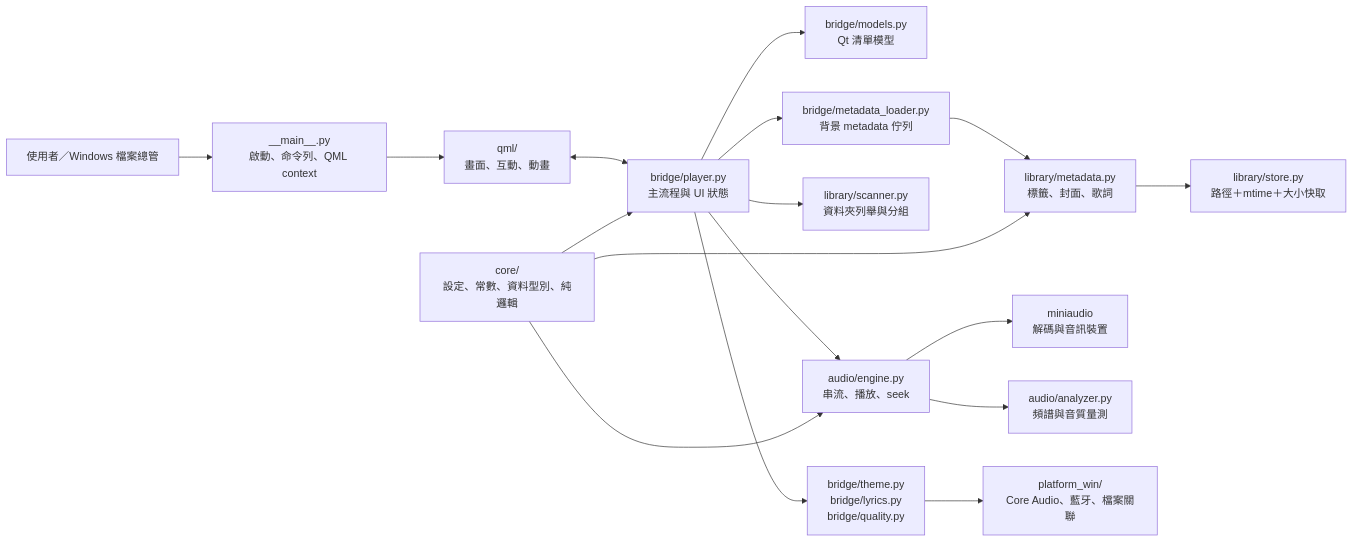
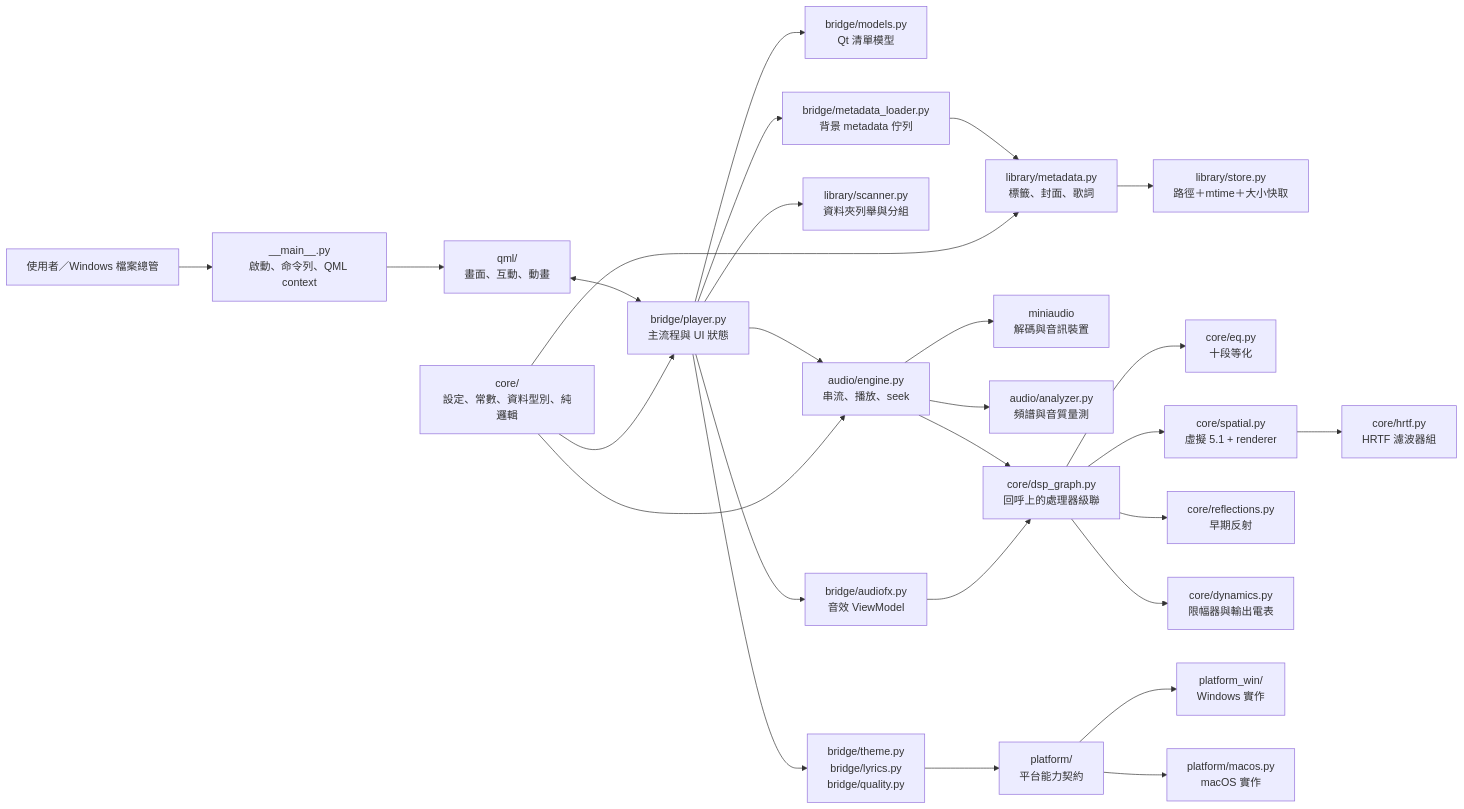
Before and after one commit to waydefu/MUSIC: the first of 3 diagrams in ARCHITECTURE.md, drawn with Mermaid. The commit also changed other lines of this file and 4 other files, not shown here.

````diff
--- a/ARCHITECTURE.md
+++ b/ARCHITECTURE.md
@@ -7,23 +7,33 @@
 ```mermaid
 flowchart LR
     User["使用者／Windows 檔案總管"] --> Entry["__main__.py<br/>啟動、命令列、QML context"]
     Entry --> QML["qml/<br/>畫面、互動、動畫"]
     QML <--> Player["bridge/player.py<br/>主流程與 UI 狀態"]
 
     Player --> Models["bridge/models.py<br/>Qt 清單模型"]
     Player --> Loader["bridge/metadata_loader.py<br/>背景 metadata 佇列"]
     Loader --> Metadata["library/metadata.py<br/>標籤、封面、歌詞"]
     Metadata --> Cache["library/store.py<br/>路徑＋mtime＋大小快取"]
     Player --> Scanner["library/scanner.py<br/>資料夾列舉與分組"]
 
     Player --> Engine["audio/engine.py<br/>串流、播放、seek"]
     Engine --> Miniaudio["miniaudio<br/>解碼與音訊裝置"]
     Engine --> Analyzer["audio/analyzer.py<br/>頻譜與音質量測"]
+    Engine --> Graph["core/dsp_graph.py<br/>回呼上的處理器級聯"]
+    Graph --> Eq["core/eq.py<br/>十段等化"]
+    Graph --> Spatial["core/spatial.py<br/>虛擬 5.1 + renderer"]
+    Graph --> Reflect["core/reflections.py<br/>早期反射"]
+    Graph --> Dyn["core/dynamics.py<br/>限幅器與輸出電表"]
+    Spatial --> Hrtf["core/hrtf.py<br/>HRTF 濾波器組"]
 
+    Player --> Fx["bridge/audiofx.py<br/>音效 ViewModel"]
+    Fx --> Graph
     Player --> ViewModels["bridge/theme.py<br/>bridge/lyrics.py<br/>bridge/quality.py"]
-    ViewModels --> Platform["platform_win/<br/>Core Audio、藍牙、檔案關聯"]
+    ViewModels --> Adapter["platform/<br/>平台能力契約"]
+    Adapter --> Win["platform_win/<br/>Windows 實作"]
+    Adapter --> Mac["platform/macos.py<br/>macOS 實作"]
 
     Core["core/<br/>設定、常數、資料型別、純邏輯"] --> Player
     Core --> Engine
     Core --> Metadata
 ```
````
